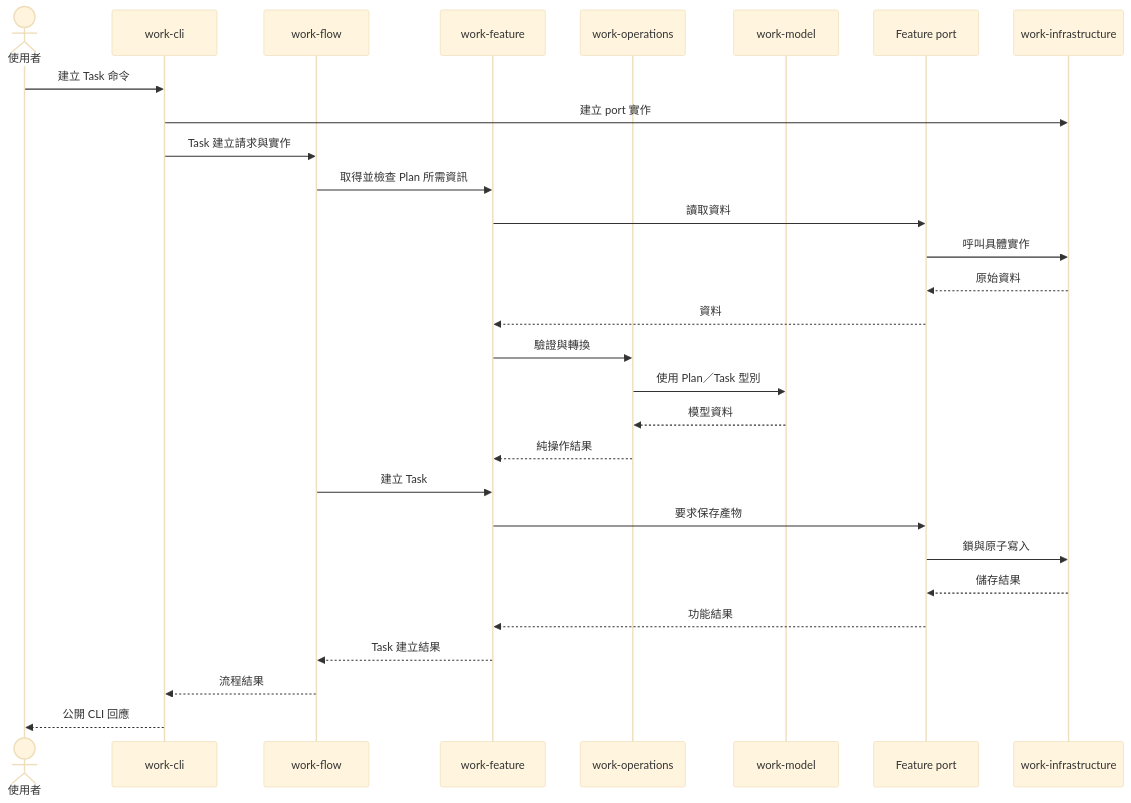
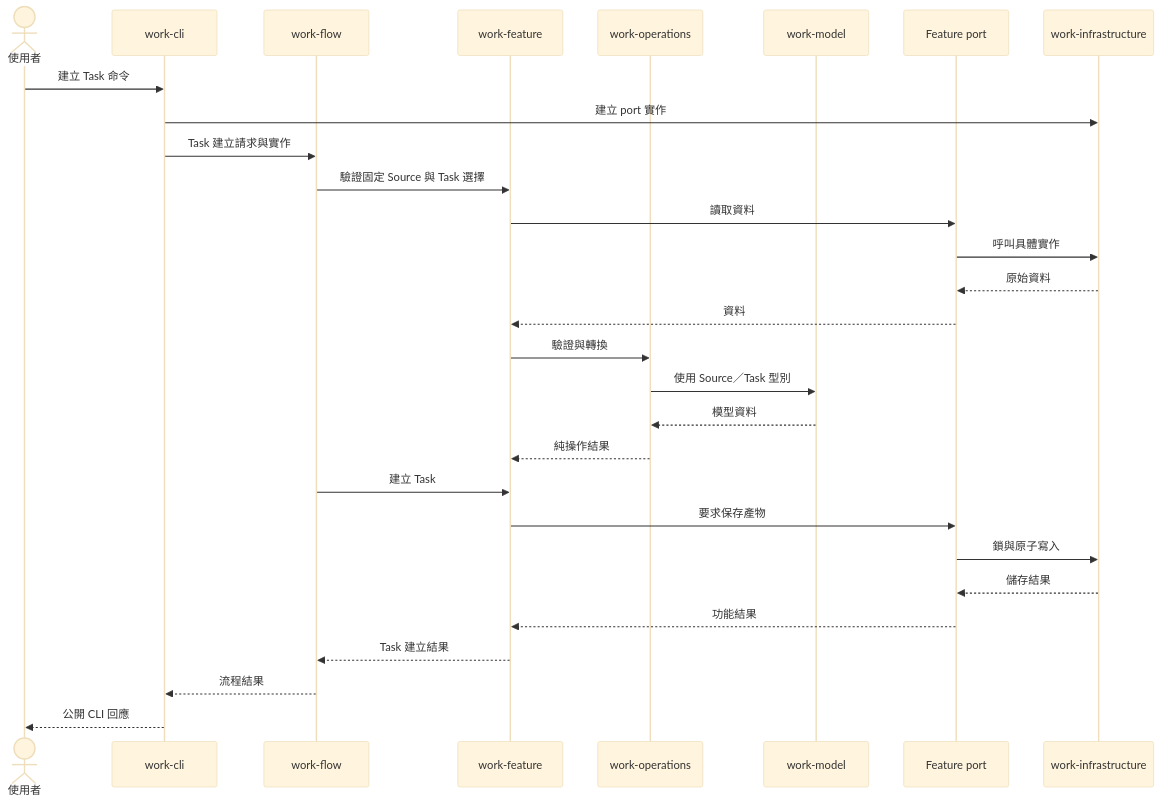
Before and after one commit to kurodog870153/codex-workflow-kit: the second of 2 diagrams in docs/work/rust/architecture.md, drawn with Mermaid (base theme). The commit also changed other lines of this file and 470 other files, not shown here.

First line of the commit message:
feat!: replace Plan workflow with immutable Source and Task

````diff
--- a/docs/work/rust/architecture.md
+++ b/docs/work/rust/architecture.md
@@ -72,31 +72,31 @@
 ```mermaid
 sequenceDiagram
     actor User as 使用者
     participant CLI as work-cli
     participant Flow as work-flow
     participant Feature as work-feature
     participant Ops as work-operations
     participant Model as work-model
     participant Port as Feature port
     participant Infra as work-infrastructure
     User->>CLI: 建立 Task 命令
     CLI->>Infra: 建立 port 實作
     CLI->>Flow: Task 建立請求與實作
-    Flow->>Feature: 取得並檢查 Plan 所需資訊
+    Flow->>Feature: 驗證固定 Source 與 Task 選擇
     Feature->>Port: 讀取資料
     Port->>Infra: 呼叫具體實作
     Infra-->>Port: 原始資料
     Port-->>Feature: 資料
     Feature->>Ops: 驗證與轉換
-    Ops->>Model: 使用 Plan／Task 型別
+    Ops->>Model: 使用 Source／Task 型別
     Model-->>Ops: 模型資料
     Ops-->>Feature: 純操作結果
     Flow->>Feature: 建立 Task
     Feature->>Port: 要求保存產物
     Port->>Infra: 鎖與原子寫入
     Infra-->>Port: 儲存結果
     Port-->>Feature: 功能結果
     Feature-->>Flow: Task 建立結果
     Flow-->>CLI: 流程結果
     CLI-->>User: 公開 CLI 回應
 ```
````
